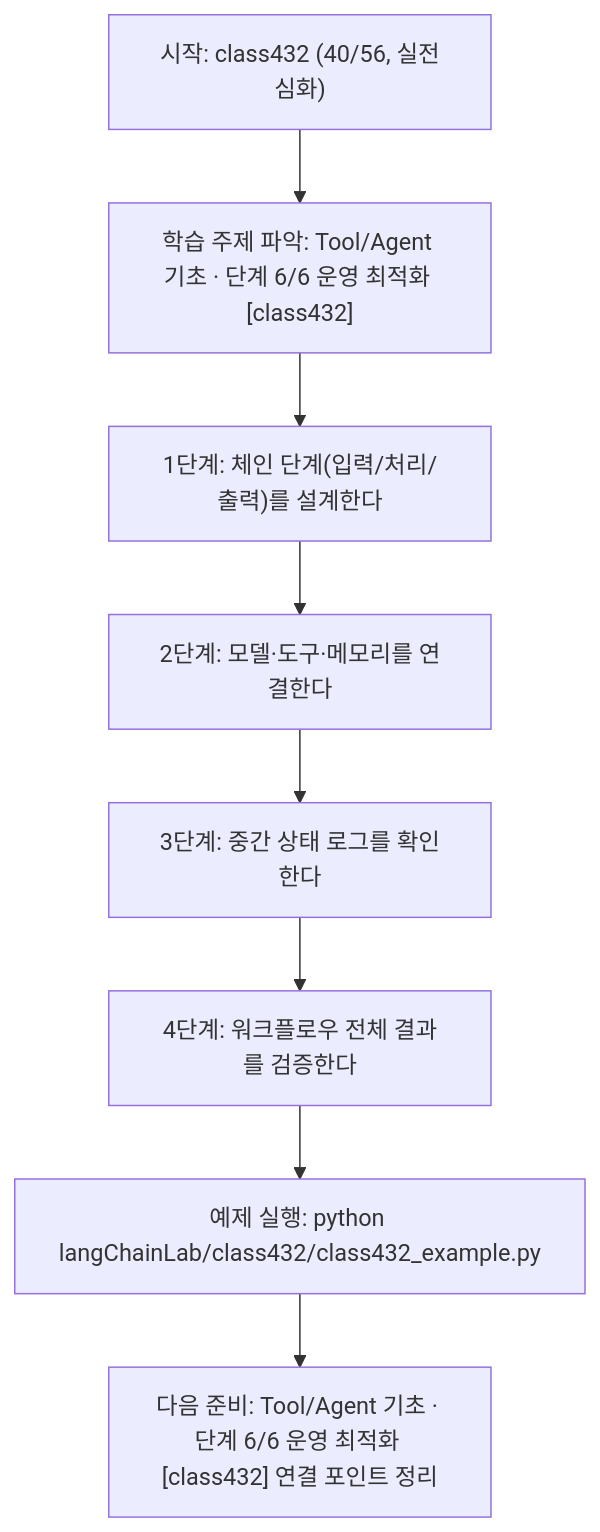
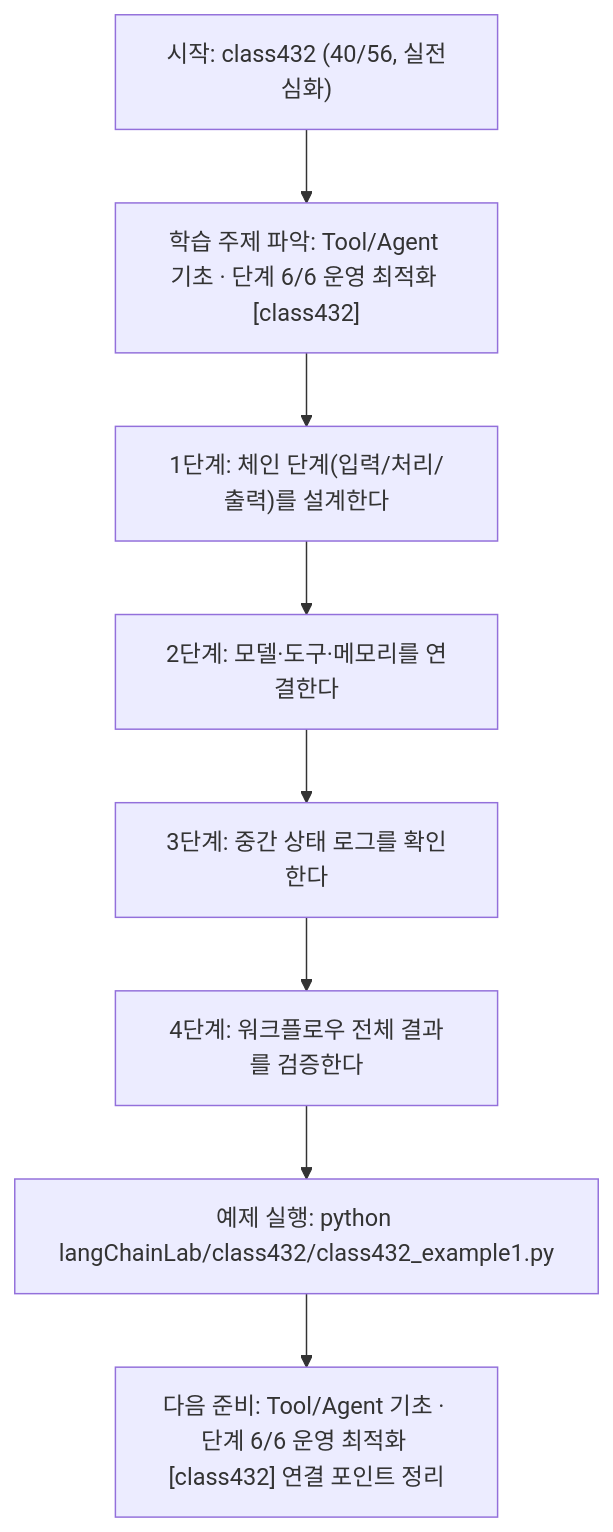
Before and after one commit to edumgt/Python-AI_Agent-Class: the diagram in langChainLab/class432/class432.md, drawn with Mermaid. The commit also changed other lines of this file and 2959 other files, not shown here.

````diff
--- a/langChainLab/class432/class432.md
+++ b/langChainLab/class432/class432.md
@@ -110,18 +110,18 @@
 ```mermaid
 flowchart TD
 N1["시작: class432 (40/56, 실전심화)"]
 N2["학습 주제 파악: Tool/Agent 기초 · 단계 6/6 운영 최적화 [class432]"]
 N3["1단계: 체인 단계(입력/처리/출력)를 설계한다"]
 N4["2단계: 모델·도구·메모리를 연결한다"]
 N5["3단계: 중간 상태 로그를 확인한다"]
 N6["4단계: 워크플로우 전체 결과를 검증한다"]
-N7["예제 실행: python langChainLab/class432/class432_example.py"]
+N7["예제 실행: python langChainLab/class432/class432_example1.py"]
 N8["다음 준비: Tool/Agent 기초 · 단계 6/6 운영 최적화 [class432] 연결 포인트 정리"]
 N1 --> N2
 N2 --> N3
 N3 --> N4
 N4 --> N5
 N5 --> N6
 N6 --> N7
 N7 --> N8
 ```
````
